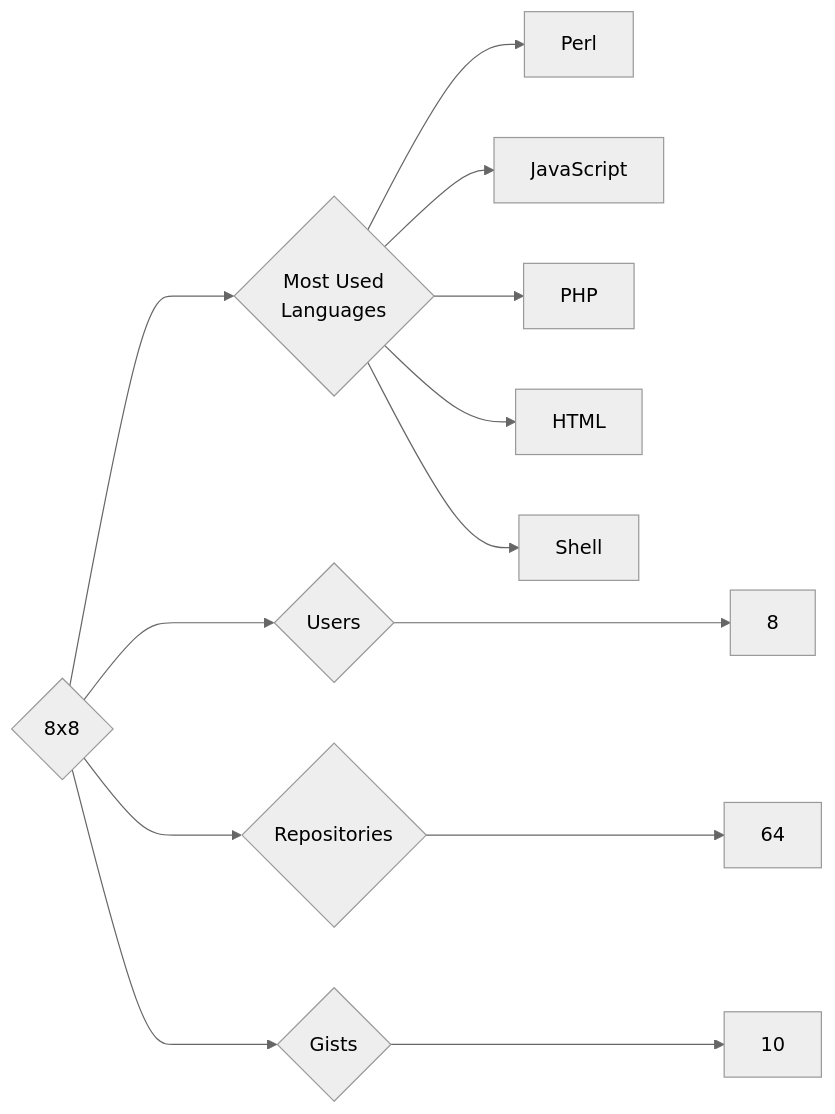
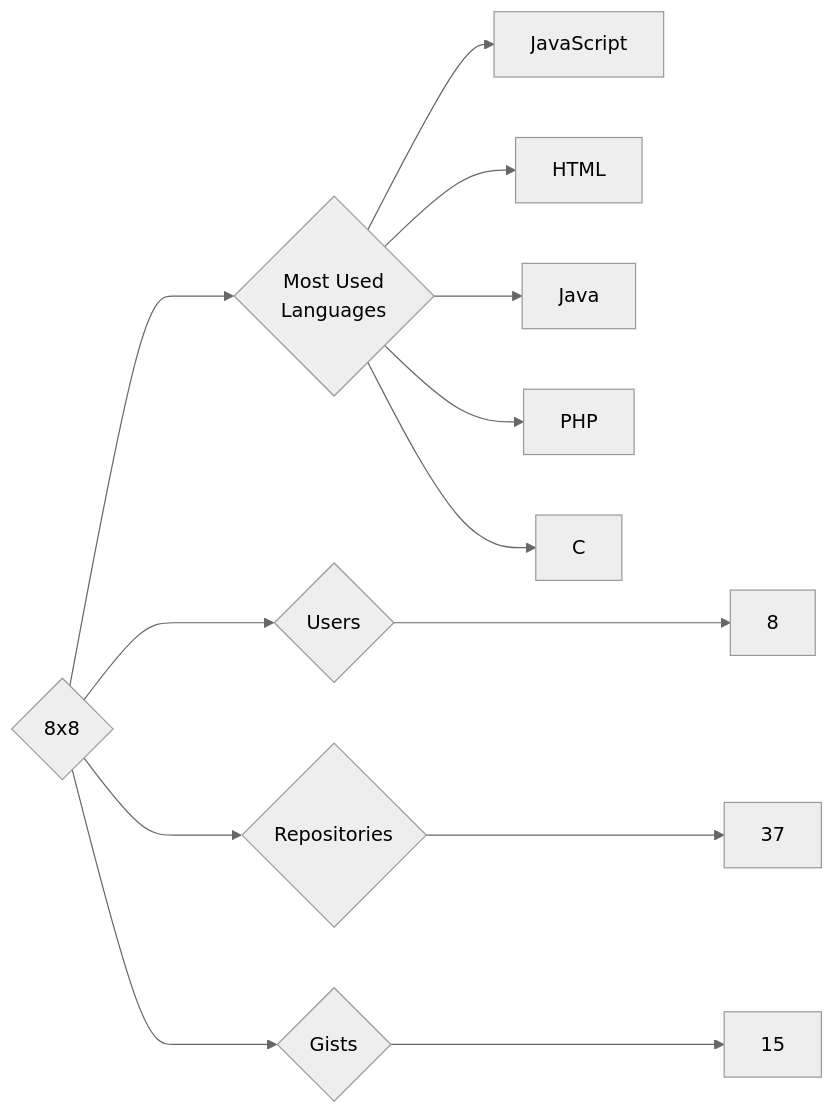
One commit to trickest/insiders changed the diagram in targets/8x8/README.md. Above: the diagram before and after it, drawn with Mermaid (neutral theme). The commit also changed 1123 other files, not shown here.

````diff
--- a/targets/8x8/README.md
+++ b/targets/8x8/README.md
@@ -3,13 +3,13 @@
 ```mermaid
 graph LR
 COMPANY_NAME{8x8}
 COMPANY_NAME ---> U{Users} ---> UN[8]
-COMPANY_NAME ---> R{Repositories} ---> RN[64]
-COMPANY_NAME ---> G{Gists} ---> GN[10]
+COMPANY_NAME ---> R{Repositories} ---> RN[37]
+COMPANY_NAME ---> G{Gists} ---> GN[15]
 COMPANY_NAME ---> ML{Most Used<br>Languages}
-ML --> Perl[Perl]
 ML --> JavaScript[JavaScript]
+ML --> HTML[HTML]
+ML --> Java[Java]
 ML --> PHP[PHP]
-ML --> HTML[HTML]
-ML --> Shell[Shell]
+ML --> C[C]
 ```
````
